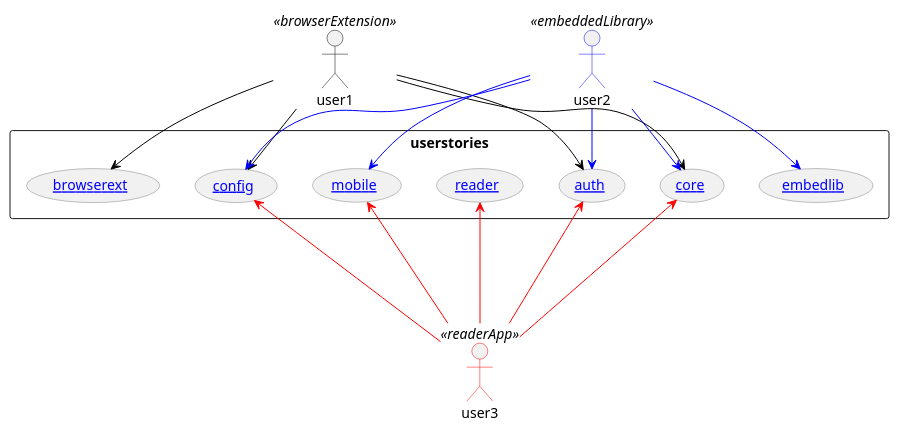
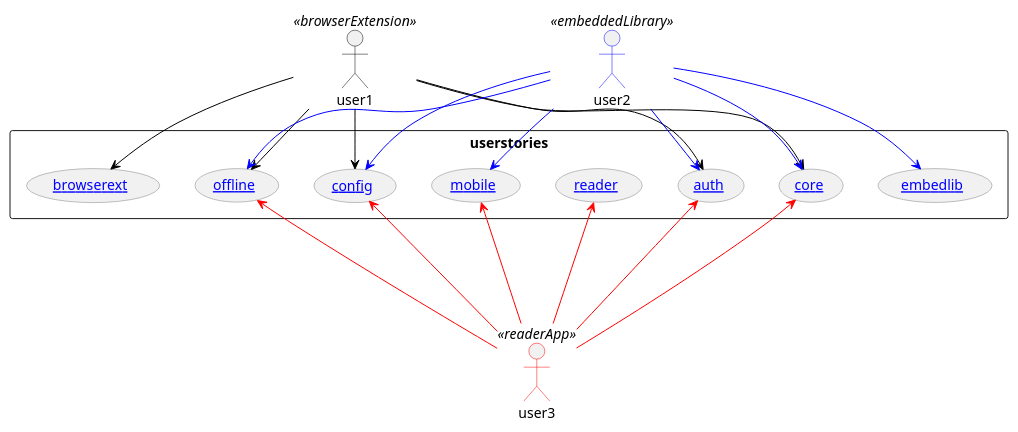
Before and after one commit to alpheios-project/documentation: the diagram in design/app-use-cases.puml, drawn with PlantUML. The commit also changed 1 other file, not shown here.

Commit message:
update app use cases diagram

```diff
--- a/design/app-use-cases.puml
+++ b/design/app-use-cases.puml
@@ -1,43 +1,46 @@
 @startuml
 skinparam packageStyle rectangle
 skinparam usecase {
   ArrowColor<< browserExtension >> black
   ArrowColor<< embeddedLibrary >> blue
   ArrowColor<< readerApp >> red
   BorderColor gray
 
 }
 skinparam actor {
   BorderColor<< browserExtension >> black
   BorderColor<< embeddedLibrary >> blue
   BorderColor<< readerApp >> red
 
 }
 	
 actor user1 <<browserExtension>>
 rectangle userstories {
   user1 --> ([[https://github.com/alpheios-project/documentation/blob/master/design/core-user-stories.csv core]]) <<browserExtension>>
   user1 --> ([[https://github.com/alpheios-project/documentation/blob/master/design/auth-user-stories.csv auth]]) <<browserExtension>>
   user1 --> ([[https://github.com/alpheios-project/documentation/blob/master/design/config-user-stories.csv config]]) <<browserExtension>>
   user1 --> ([[https://github.com/alpheios-project/documentation/blob/master/design/browserextension-user-stories.csv browserext]]) <<browserExtension>>
+  user1 --> ([[https://github.com/alpheios-project/documentation/blob/master/design/offline-user-stories.csv offline]]) <<browserExtension>>
   
 }
 actor user2 <<embeddedLibrary>>
 rectangle userstories {
   user2 --> ([[https://github.com/alpheios-project/documentation/blob/master/design/core-user-stories.csv core]]) <<embeddedLibrary>>
   user2 --> ([[https://github.com/alpheios-project/documentation/blob/master/design/auth-user-stories.csv auth]]) <<embeddedLibrary>>
   user2 --> ([[https://github.com/alpheios-project/documentation/blob/master/design/mobile-user-stories.csv mobile]]) <<embeddedLibrary>>
   user2 --> ([[https://github.com/alpheios-project/documentation/blob/master/design/config-user-stories.csv config]]) <<embeddedLibrary>>
   user2 --> ([[https://github.com/alpheios-project/documentation/blob/master/design/embedlib-user-stories.csv embedlib]]) <<embeddedLibrary>>
+  user2 --> ([[https://github.com/alpheios-project/documentation/blob/master/design/offline-user-stories.csv offline]]) <<embeddedLibrary>>
   
 }
 actor user3 <<readerApp>>
 rectangle userstories {
   user3 -up--> ([[https://github.com/alpheios-project/documentation/blob/master/design/core-user-stories.csv core]]) <<readerApp>>
   user3 -up--> ([[https://github.com/alpheios-project/documentation/blob/master/design/auth-user-stories.csv auth]]) <<readerApp>>
   user3 -up--> ([[https://github.com/alpheios-project/documentation/blob/master/design/reader-user-stories.csv reader]]) <<readerApp>>
   user3 -up--> ([[https://github.com/alpheios-project/documentation/blob/master/design/mobile-user-stories.csv mobile]]) <<readerApp>>
   user3 -up--> ([[https://github.com/alpheios-project/documentation/blob/master/design/config-user-stories.csv config]]) <<readerApp>>
+  user3 --> ([[https://github.com/alpheios-project/documentation/blob/master/design/offline-user-stories.csv offline]]) <<readerApp>>
   
 }
 @enduml
```
